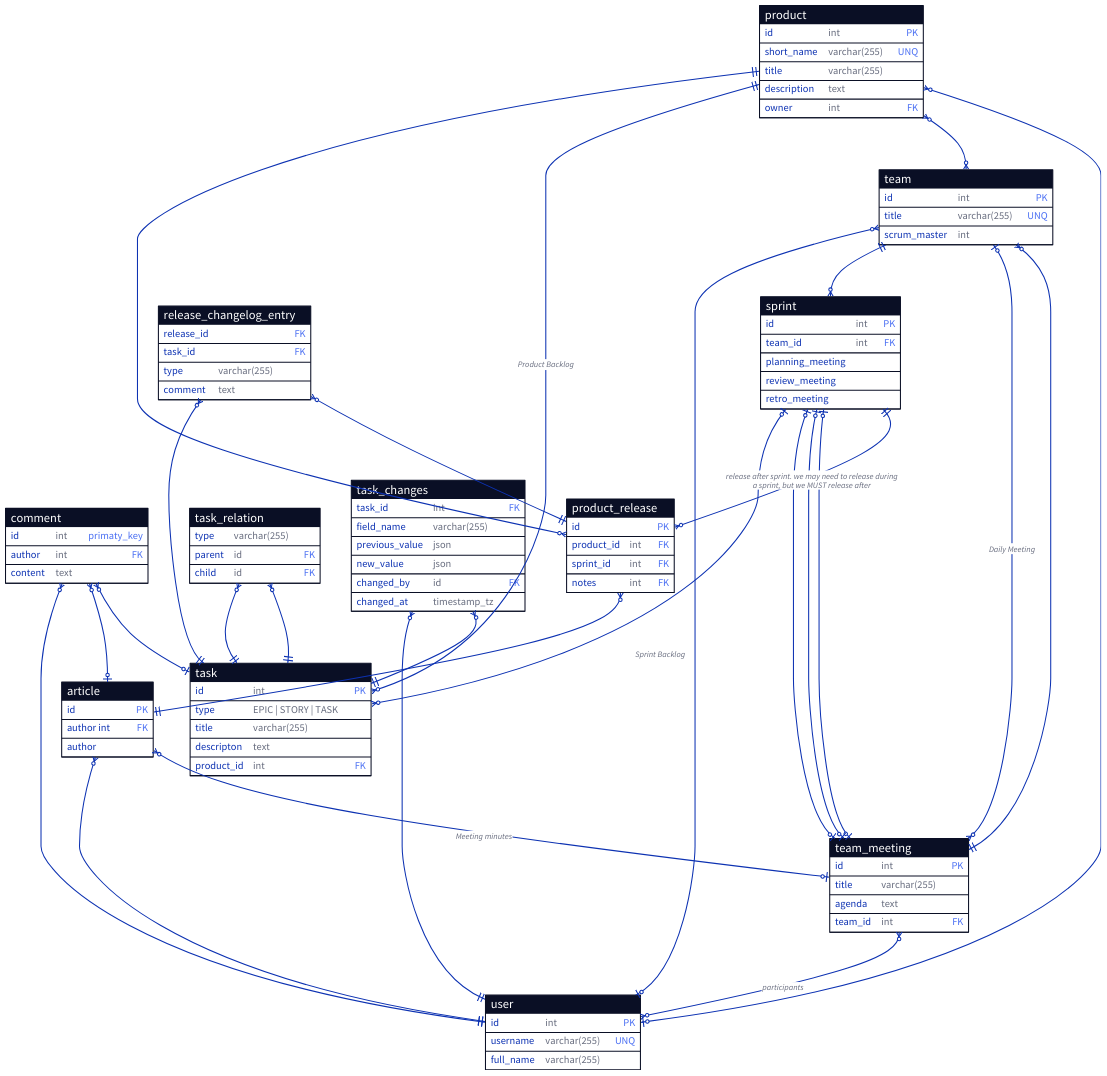
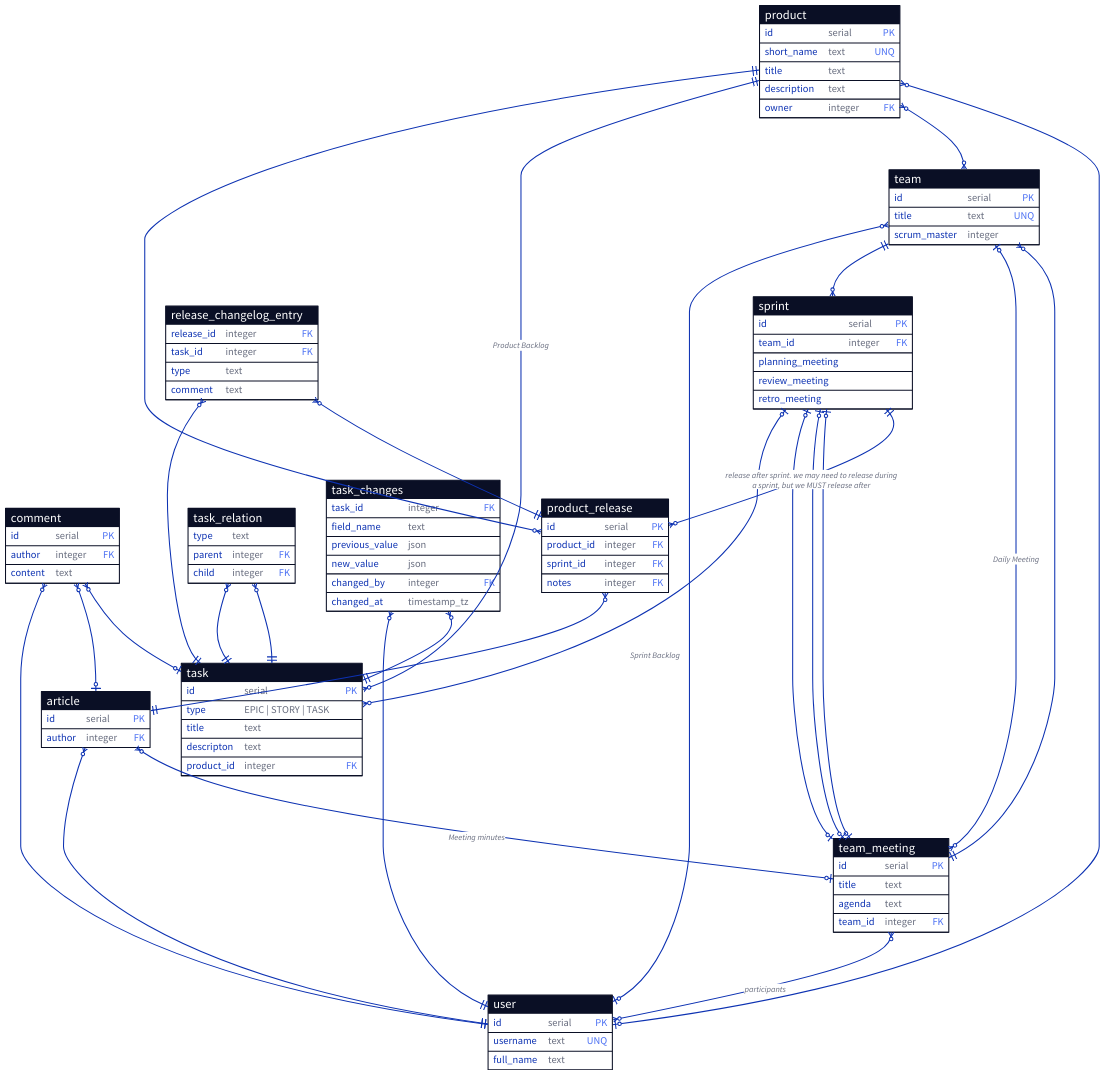
The diagram in docs/datalogical.d2 (forafox/Zadachnik), drawn with D2 before and after one commit.

Commit message:
fix datatypes in datalogical

```diff
--- a/docs/datalogical.d2
+++ b/docs/datalogical.d2
@@ -1,59 +1,59 @@
 product: {
   shape: sql_table
-  id: int {constraint: primary_key}
-  short_name: varchar(255) {constraint: unique}
-  title: varchar(255)
+  id: serial {constraint: primary_key}
+  short_name: text {constraint: unique}
+  title: text
   description: text
-  owner: int {constraint: foreign_key}
+  owner: integer {constraint: foreign_key}
 }
 
 team: {
   shape: sql_table
-  id: int {constraint: primary_key}
-  title: varchar(255) {constraint: unique}
-  scrum_master: int
+  id: serial {constraint: primary_key}
+  title: text {constraint: unique}
+  scrum_master: integer
 }
 
 user: {
   shape: sql_table
-  id: int {constraint: primary_key}
-  username: varchar(255) {constraint: unique}
-  full_name: varchar(255)
+  id: serial {constraint: primary_key}
+  username: text {constraint: unique}
+  full_name: text
 }
 
 sprint: {
   shape: sql_table
-  id: int {constraint: primary_key}
-  team_id: int {constraint: foreign_key}
+  id: serial {constraint: primary_key}
+  team_id: integer {constraint: foreign_key}
 }
 
 comment: {
   shape: sql_table
-  id: int {constraint: primaty_key}
-  author: int {constraint: foreign_key}
+  id: serial {constraint: primary_key}
+  author: integer {constraint: foreign_key}
   content: text
 }
 
 team_meeting: {
   shape: sql_table
-  id: int {constraint: primary_key}
-  title: varchar(255)
+  id: serial {constraint: primary_key}
+  title: text
   agenda: text
-  team_id: int {constraint: foreign_key}
+  team_id: integer {constraint: foreign_key}
 }
 
 article: {
   shape: sql_table
-  id: {constraint: primary_key}
-  author int: {constraint: foreign_key}
+  id: serial {constraint: primary_key}
+  author: integer {constraint: foreign_key}
 }
 
 product_release: {
   shape: sql_table
-  id: {constraint: primary_key}
-  product_id: int {constraint: foreign_key}
-  sprint_id: int {constraint: foreign_key}
-  notes: int {constraint: foreign_key}
+  id: serial {constraint: primary_key}
+  product_id: integer {constraint: foreign_key}
+  sprint_id: integer {constraint: foreign_key}
+  notes: integer {constraint: foreign_key}
 }
 
 product_release.notes <-> article: {
@@ -67,9 +67,9 @@
 
 release_changelog_entry: {
   shape: sql_table
-  release_id: {constraint: foreign_key}
-  task_id: {constraint: foreign_key}
-  type: varchar(255) {tooltip: See keepachangelog.org}
+  release_id: integer {constraint: foreign_key}
+  task_id: integer {constraint: foreign_key}
+  type: text {tooltip: See keepachangelog.org}
   comment: text
 }
 
@@ -250,18 +250,18 @@
 
 task: {
   shape: sql_table
-  id: int {constraint: primary_key}
+  id: serial {constraint: primary_key}
   type: 'EPIC | STORY | TASK'
-  title: varchar(255)
+  title: text
   descripton: text
-  product_id: int {constraint: foreign_key}
+  product_id: integer {constraint: foreign_key}
 }
 
 task_relation: {
   shape: sql_table
-  type: varchar(255)
-  parent: id {constraint: foreign_key}
-  child: id {constraint: foreign_key}
+  type: text
+  parent: integer {constraint: foreign_key}
+  child: integer {constraint: foreign_key}
 }
 
 task_relation.parent <-> task: {
@@ -304,11 +304,11 @@
 
 task_changes: {
   shape: sql_table
-  task_id: int {constraint: foreign_key}
-  field_name: varchar(255)
+  task_id: integer {constraint: foreign_key}
+  field_name: text
   previous_value: json
   new_value: json
-  changed_by: id {constraint: foreign_key}
+  changed_by: integer {constraint: foreign_key}
   changed_at: timestamp_tz
 }
 
```
